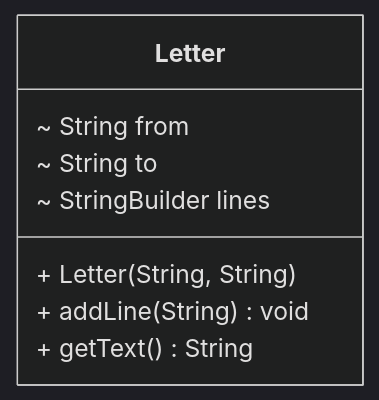
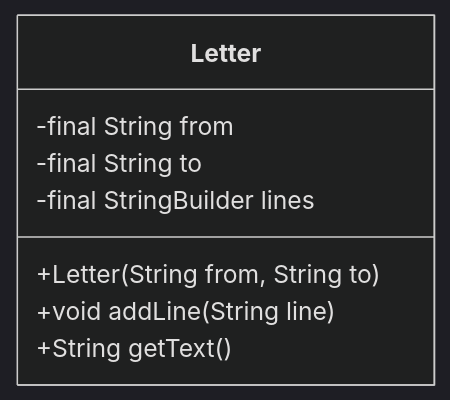
One commit to MarinCervinschi/ObjectOrientedProgramming changed the seventh of 13 diagrams in exercices/src/main/java/oop/README.md. Above: the diagram before and after it, drawn with Mermaid (dark theme). The commit also changed other lines of this file and 21 other files, not shown here.

````diff
--- a/exercices/src/main/java/oop/README.md
+++ b/exercices/src/main/java/oop/README.md
@@ -244,12 +248,11 @@
 ```mermaid
 classDiagram
-direction BT
-class Letter {
-  ~ String from
-  ~ String to
-  ~ StringBuilder lines
-  + Letter(String, String)
-  + addLine(String) void 
-  + getText() String
-}
+    class Letter {
+        -final String from
+        -final String to
+        -final StringBuilder lines
+        +Letter(String from, String to)
+        +void addLine(String line)
+        +String getText()
+    }
 ```
````
